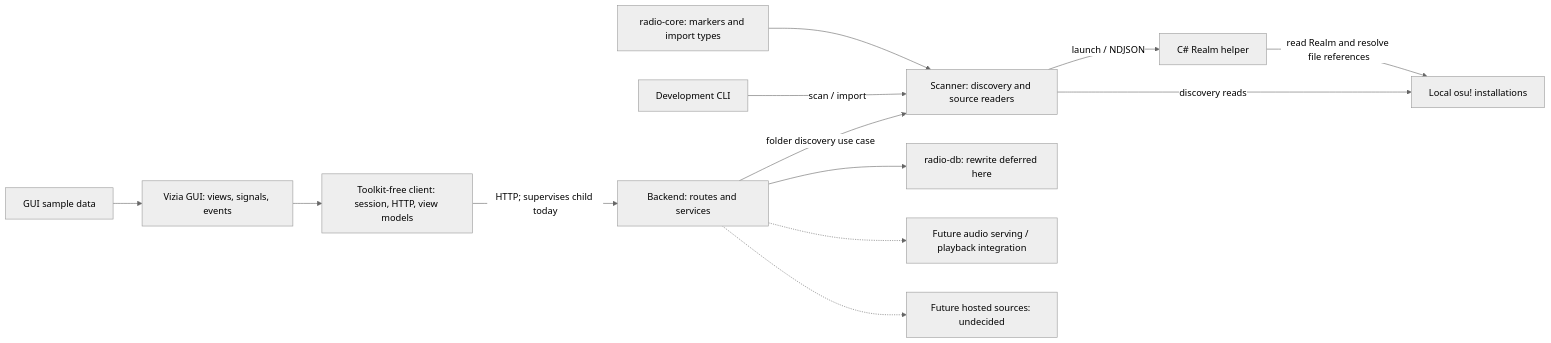
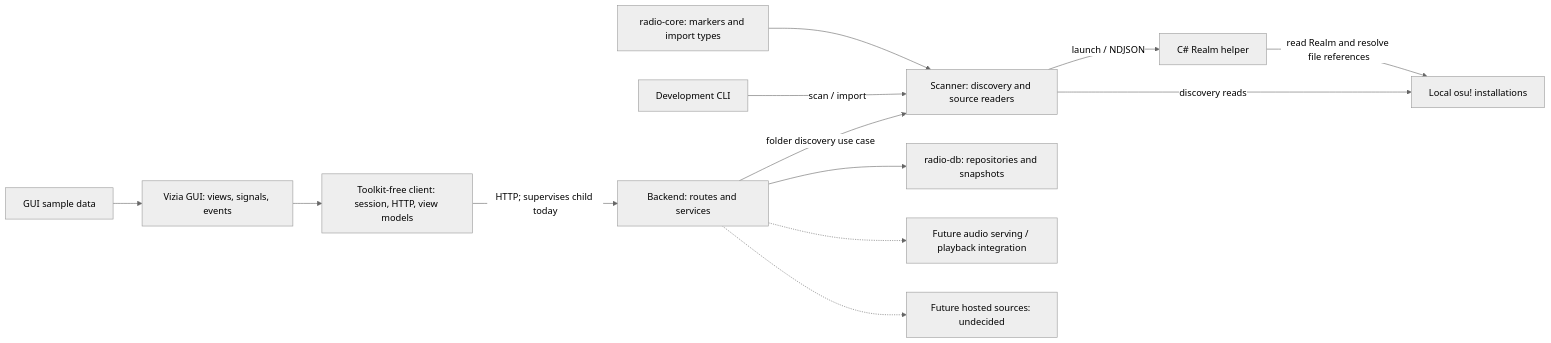
The diagram in docs/agent/index.md (Jayko321/osu-radio), drawn with Mermaid (neutral theme) before and after one commit. The commit also changed other lines of this file and 60 other files, not shown here.

Commit message:
radio-db rewrite

````diff
--- a/docs/agent/index.md
+++ b/docs/agent/index.md
@@ -44,15 +44,15 @@
 ```mermaid
 flowchart LR
     GUI["Vizia GUI: views, signals, events"] --> Client["Toolkit-free client: session, HTTP, view models"]
     Sample["GUI sample data"] --> GUI
     Client -->|"HTTP; supervises child today"| Server["Backend: routes and services"]
     Server -->|"folder discovery use case"| Scanner["Scanner: discovery and source readers"]
-    Server --> DB["radio-db: rewrite deferred here"]
+    Server --> DB["radio-db: repositories and snapshots"]
     CLI["Development CLI"] -->|"scan / import"| Scanner
     Scanner -->|"discovery reads"| Local["Local osu! installations"]
     Scanner -->|"launch / NDJSON"| Helper["C# Realm helper"]
     Helper -->|"read Realm and resolve file references"| Local
     Core["radio-core: markers and import types"] --> Scanner
     Server -.-> Audio["Future audio serving / playback integration"]
     Server -.-> Hosted["Future hosted sources: undecided"]
 ```
````
